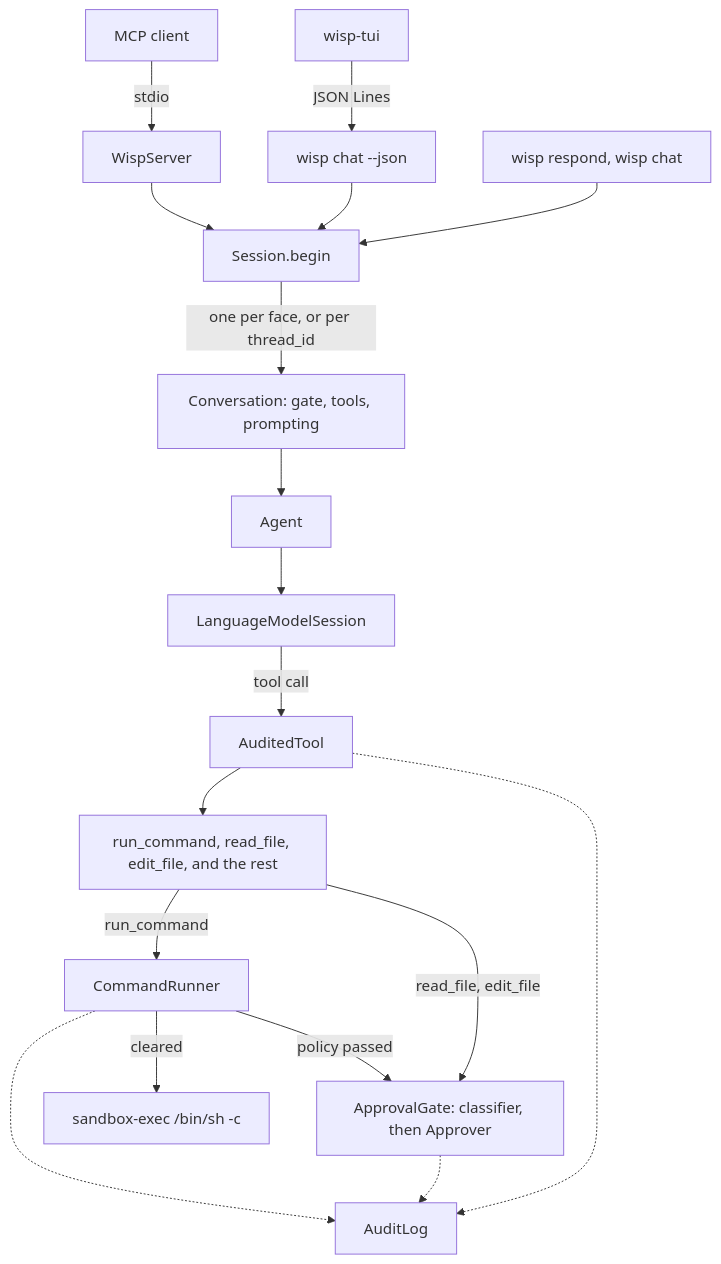
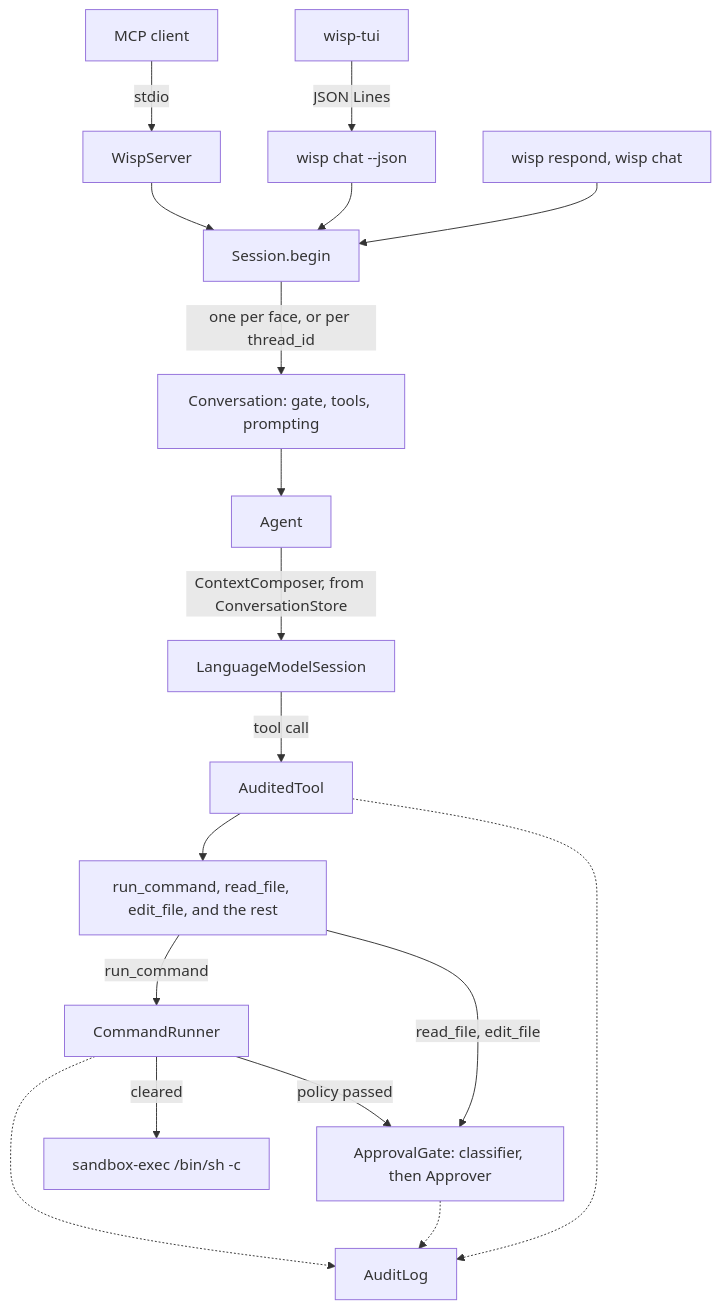
One commit to pidster/wisp changed the diagram in docs/design.md. Above: the diagram before and after it, drawn with Mermaid. The commit also changed other lines of this file and 17 other files, not shown here.

````diff
--- a/docs/design.md
+++ b/docs/design.md
@@ -9,20 +9,20 @@
 ```mermaid
 flowchart TD
     cli["wisp respond, wisp chat"] --> begin["Session.begin"]
     tui["wisp-tui"] -->|"JSON Lines"| json["wisp chat --json"]
     json --> begin
     client["MCP client"] -->|stdio| server["WispServer"]
     server --> begin
     begin -->|"one per face, or per thread_id"| conv["Conversation: gate, tools, prompting"]
     conv --> agent["Agent"]
-    agent --> lms["LanguageModelSession"]
+    agent -->|"ContextComposer, from ConversationStore"| lms["LanguageModelSession"]
     lms -->|"tool call"| audited["AuditedTool"]
     audited --> tools["run_command, read_file, edit_file, and the rest"]
     tools -->|run_command| runner["CommandRunner"]
     tools -->|"read_file, edit_file"| gate
     runner -->|"policy passed"| gate["ApprovalGate: classifier, then Approver"]
     runner -->|"cleared"| sandbox["sandbox-exec /bin/sh -c"]
     audited -.-> audit["AuditLog"]
     gate -.-> audit
     runner -.-> audit
 ```
````
